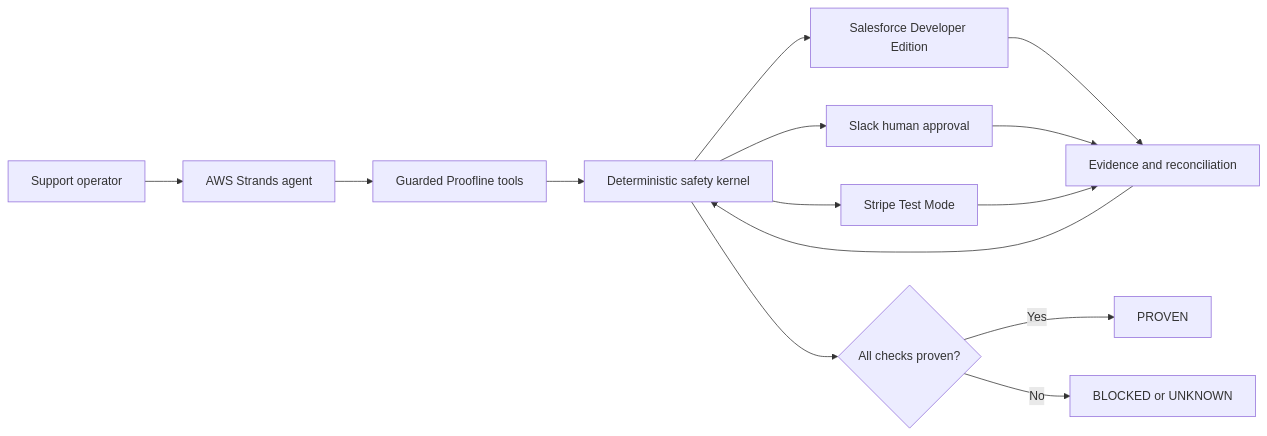
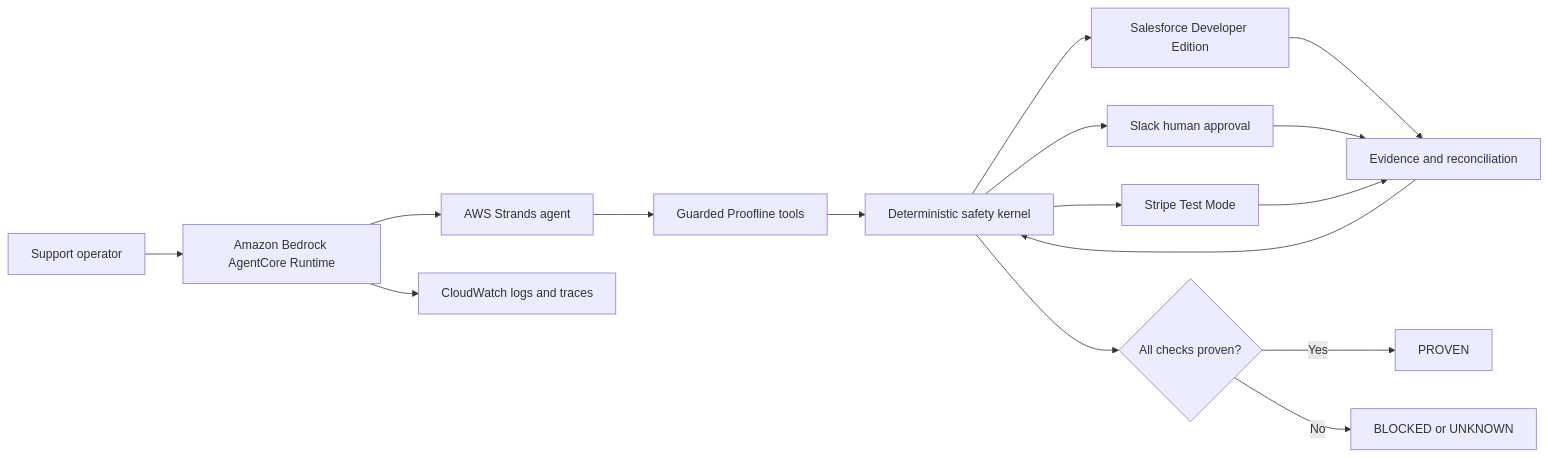
One commit to napsterly/proofline-strands changed the diagram in README.md. Above: the diagram before and after it, drawn with Mermaid. The commit also changed other lines of this file and 5 other files, not shown here.

Commit message:
Prepare AgentCore Runtime deployment

````diff
--- a/README.md
+++ b/README.md
@@ -28,16 +28,18 @@
 ```mermaid
 flowchart LR
-    U[Support operator] --> S[AWS Strands agent]
+    U[Support operator] --> AC[Amazon Bedrock AgentCore Runtime]
+    AC --> S[AWS Strands agent]
     S --> T[Guarded Proofline tools]
     T --> K[Deterministic safety kernel]
     K --> SF[Salesforce Developer Edition]
     K --> SL[Slack human approval]
     K --> ST[Stripe Test Mode]
     SF --> E[Evidence and reconciliation]
     SL --> E
     ST --> E
     E --> K
     K --> V{All checks proven?}
     V -->|Yes| P[PROVEN]
     V -->|No| B[BLOCKED or UNKNOWN]
+    AC --> CW[CloudWatch logs and traces]
 ```
````
